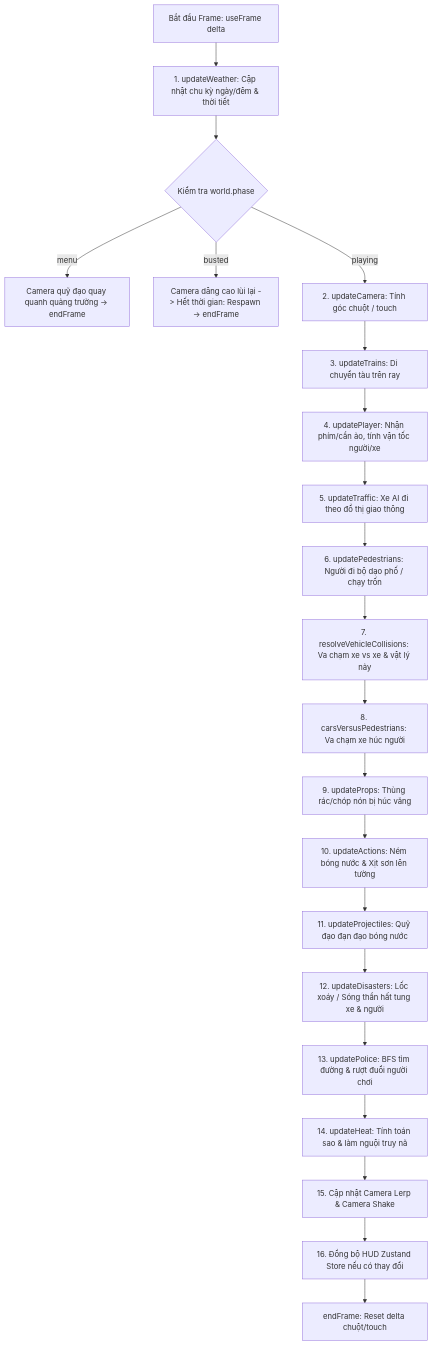
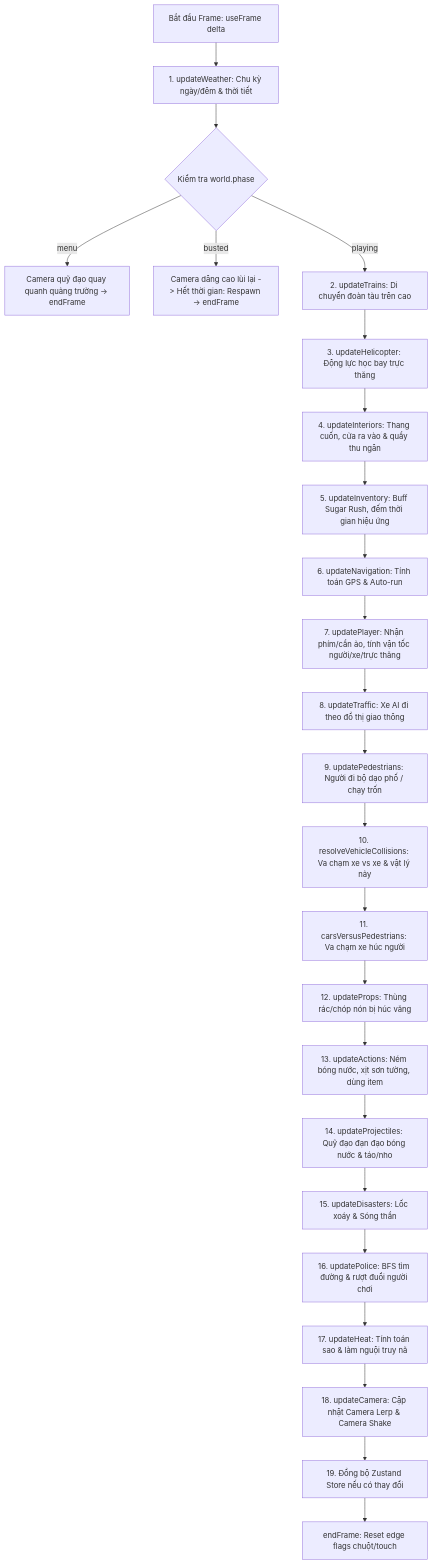
Before and after one commit to ThangLuuQuoc/splashcity: the diagram in docs/architecture/technical-architecture.md, drawn with Mermaid. The commit also changed other lines of this file and 19 other files, not shown here.

````diff
--- a/docs/architecture/technical-architecture.md
+++ b/docs/architecture/technical-architecture.md
@@ -84,25 +101,28 @@
 ```mermaid
 graph TD
-    A[Bắt đầu Frame: useFrame delta] --> B[1. updateWeather: Cập nhật chu kỳ ngày/đêm & thời tiết]
+    A[Bắt đầu Frame: useFrame delta] --> B[1. updateWeather: Chu kỳ ngày/đêm & thời tiết]
     B --> C{Kiểm tra world.phase}
     
     C -->|menu| D[Camera quỹ đạo quay quanh quảng trường -> endFrame]
     C -->|busted| E[Camera dâng cao lùi lại -> Hết thời gian: Respawn -> endFrame]
     
-    C -->|playing| F[2. updateCamera: Tính góc chuột / touch]
-    F --> G[3. updateTrains: Di chuyển tàu trên ray]
-    G --> H[4. updatePlayer: Nhận phím/cần ảo, tính vận tốc người/xe]
-    H --> I[5. updateTraffic: Xe AI đi theo đồ thị giao thông]
-    I --> J[6. updatePedestrians: Người đi bộ dạo phố / chạy trốn]
-    J --> K[7. resolveVehicleCollisions: Va chạm xe vs xe & vật lý nảy]
-    K --> L[8. carsVersusPedestrians: Va chạm xe húc người]
-    L --> M[9. updateProps: Thùng rác/chóp nón bị húc văng]
-    M --> N[10. updateActions: Ném bóng nước & Xịt sơn lên tường]
-    N --> O[11. updateProjectiles: Quỹ đạo đạn đạo bóng nước]
-    O --> P[12. updateDisasters: Lốc xoáy / Sóng thần hất tung xe & người]
-    P --> Q[13. updatePolice: BFS tìm đường & rượt đuổi người chơi]
-    Q --> R[14. updateHeat: Tính toán sao & làm nguội truy nã]
-    R --> S[15. Cập nhật Camera Lerp & Camera Shake]
-    S --> T[16. Đồng bộ HUD Zustand Store nếu có thay đổi]
-    T --> U[endFrame: Reset delta chuột/touch]
+    C -->|playing| F[2. updateTrains: Di chuyển đoàn tàu trên cao]
+    F --> G[3. updateHelicopter: Động lực học bay trực thăng]
+    G --> H[4. updateInteriors: Thang cuốn, cửa ra vào & quầy thu ngân]
+    H --> I[5. updateInventory: Buff Sugar Rush, đếm thời gian hiệu ứng]
+    I --> J[6. updateNavigation: Tính toán GPS & Auto-run]
+    J --> K[7. updatePlayer: Nhận phím/cần ảo, tính vận tốc người/xe/trực thăng]
+    K --> L[8. updateTraffic: Xe AI đi theo đồ thị giao thông]
+    L --> M[9. updatePedestrians: Người đi bộ dạo phố / chạy trốn]
+    M --> N[10. resolveVehicleCollisions: Va chạm xe vs xe & vật lý nảy]
+    N --> O[11. carsVersusPedestrians: Va chạm xe húc người]
+    O --> P[12. updateProps: Thùng rác/chóp nón bị húc văng]
+    P --> Q[13. updateActions: Ném bóng nước, xịt sơn tường, dùng item]
+    Q --> R[14. updateProjectiles: Quỹ đạo đạn đạo bóng nước & táo/nho]
+    R --> S[15. updateDisasters: Lốc xoáy & Sóng thần]
+    S --> T[16. updatePolice: BFS tìm đường & rượt đuổi người chơi]
+    T --> U[17. updateHeat: Tính toán sao & làm nguội truy nã]
+    U --> V[18. updateCamera: Cập nhật Camera Lerp & Camera Shake]
+    V --> W[19. Đồng bộ Zustand Store nếu có thay đổi]
+    W --> X[endFrame: Reset edge flags chuột/touch]
 ```
````
